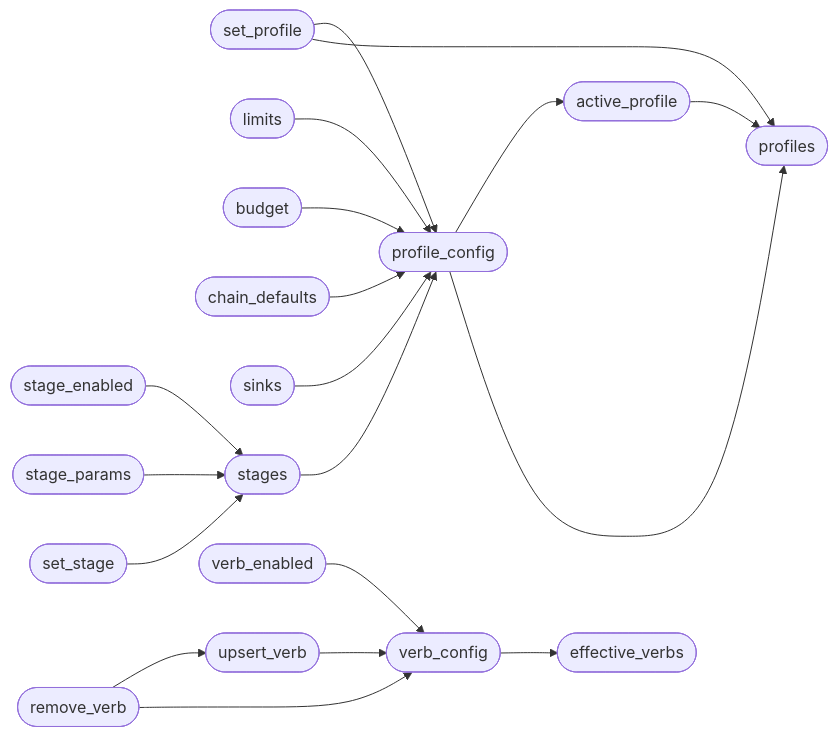
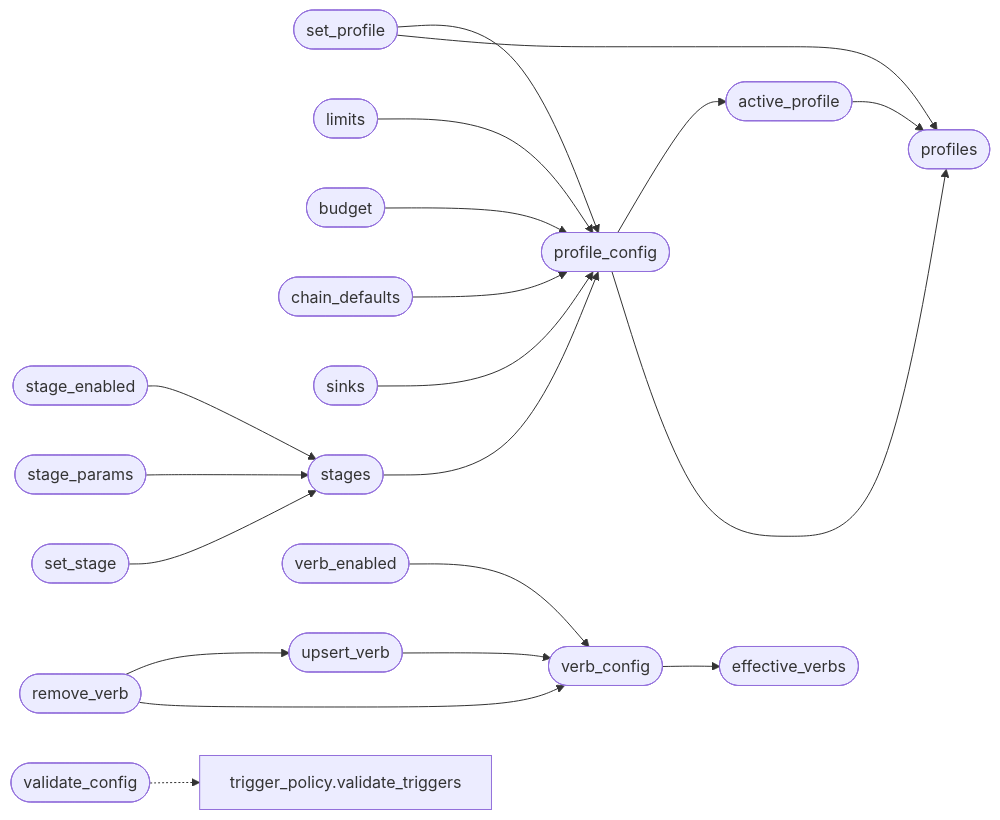
Before and after one commit to grisuno/LazyOwn: the diagram in readmenator-apidocs/modules/modules.orchestrator_config.py.md, drawn with Mermaid. The commit also changed other lines of this file and 378 other files, not shown here.

````diff
--- a/readmenator-apidocs/modules/modules.orchestrator_config.py.md
+++ b/readmenator-apidocs/modules/modules.orchestrator_config.py.md
@@ -25,38 +25,41 @@
 ```mermaid
 flowchart LR
     n_modules_orchestrator_config_py__active_profile(["active_profile"])
     n_modules_orchestrator_config_py__profiles(["profiles"])
     n_modules_orchestrator_config_py__profile_config(["profile_config"])
     n_modules_orchestrator_config_py__set_profile(["set_profile"])
     n_modules_orchestrator_config_py__limits(["limits"])
     n_modules_orchestrator_config_py__budget(["budget"])
     n_modules_orchestrator_config_py__chain_defaults(["chain_defaults"])
     n_modules_orchestrator_config_py__sinks(["sinks"])
     n_modules_orchestrator_config_py__stages(["stages"])
     n_modules_orchestrator_config_py__stage_enabled(["stage_enabled"])
     n_modules_orchestrator_config_py__stage_params(["stage_params"])
     n_modules_orchestrator_config_py__set_stage(["set_stage"])
     n_modules_orchestrator_config_py__verb_config(["verb_config"])
     n_modules_orchestrator_config_py__effective_verbs(["effective_verbs"])
     n_modules_orchestrator_config_py__verb_enabled(["verb_enabled"])
     n_modules_orchestrator_config_py__upsert_verb(["upsert_verb"])
     n_modules_orchestrator_config_py__remove_verb(["remove_verb"])
+    n_modules_orchestrator_config_py__validate_config(["validate_config"])
+    n_modules_trigger_policy_py__validate_triggers["trigger_policy.validate_triggers"]
     n_modules_orchestrator_config_py__active_profile --> n_modules_orchestrator_config_py__profiles
     n_modules_orchestrator_config_py__profile_config --> n_modules_orchestrator_config_py__active_profile
     n_modules_orchestrator_config_py__profile_config --> n_modules_orchestrator_config_py__profiles
     n_modules_orchestrator_config_py__set_profile --> n_modules_orchestrator_config_py__profile_config
     n_modules_orchestrator_config_py__set_profile --> n_modules_orchestrator_config_py__profiles
     n_modules_orchestrator_config_py__limits --> n_modules_orchestrator_config_py__profile_config
     n_modules_orchestrator_config_py__budget --> n_modules_orchestrator_config_py__profile_config
     n_modules_orchestrator_config_py__chain_defaults --> n_modules_orchestrator_config_py__profile_config
     n_modules_orchestrator_config_py__sinks --> n_modules_orchestrator_config_py__profile_config
     n_modules_orchestrator_config_py__stages --> n_modules_orchestrator_config_py__profile_config
     n_modules_orchestrator_config_py__stage_enabled --> n_modules_orchestrator_config_py__stages
     n_modules_orchestrator_config_py__stage_params --> n_modules_orchestrator_config_py__stages
     n_modules_orchestrator_config_py__set_stage --> n_modules_orchestrator_config_py__stages
     n_modules_orchestrator_config_py__verb_config --> n_modules_orchestrator_config_py__effective_verbs
     n_modules_orchestrator_config_py__verb_enabled --> n_modules_orchestrator_config_py__verb_config
     n_modules_orchestrator_config_py__upsert_verb --> n_modules_orchestrator_config_py__verb_config
     n_modules_orchestrator_config_py__remove_verb --> n_modules_orchestrator_config_py__upsert_verb
     n_modules_orchestrator_config_py__remove_verb --> n_modules_orchestrator_config_py__verb_config
+    n_modules_orchestrator_config_py__validate_config -.-> n_modules_trigger_policy_py__validate_triggers
 ```
````
